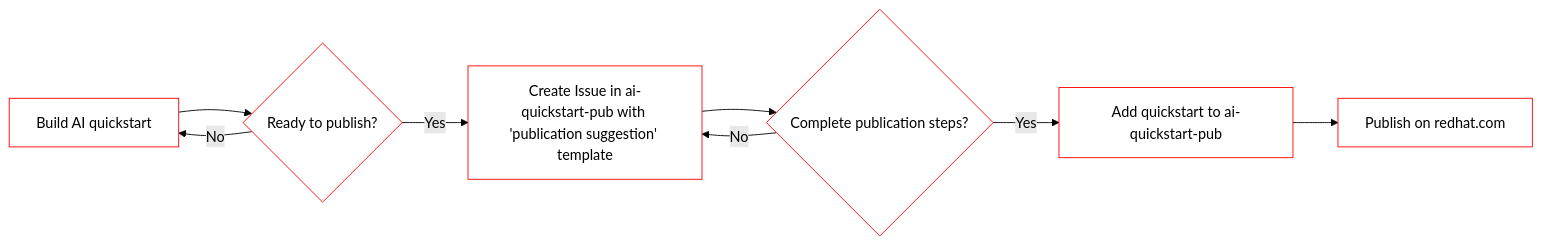
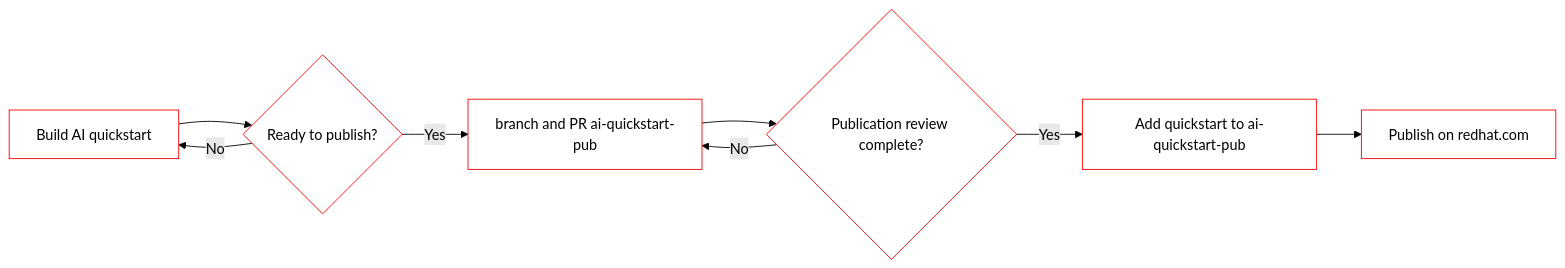
Before and after one commit to rh-ai-quickstart/ai-quickstart-contrib: the diagram in PUBLISHING.md, drawn with Mermaid (forest theme). The commit also changed other lines of this file, not shown here.

````diff
--- a/PUBLISHING.md
+++ b/PUBLISHING.md
@@ -8,17 +19,17 @@
 ```mermaid
   flowchart LR 
     A[Build AI quickstart] --> B{Ready to publish?};
-    B -- Yes --> C[Create Issue in ai-quickstart-pub with 'publication suggestion' template];
     B -- No --> A;
-    C --> D{Complete publication steps?};
+    B -- Yes --> C[branch and PR ai-quickstart-pub];
+    C --> D{Publication review complete?};
     D -- No --> C;
     D -- Yes --> E[Add quickstart to ai-quickstart-pub];
     E --> F[Publish on redhat.com];
 
     style A fill:#fff,stroke:#f00
     style B fill:#fff,stroke:#f00
     style C fill:#fff,stroke:#f00
     style D fill:#fff,stroke:#f00
     style E fill:#fff,stroke:#f00
     style F fill:#fff,stroke:#f00
 ```
````
